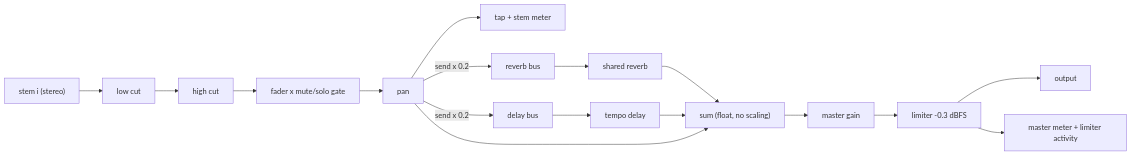
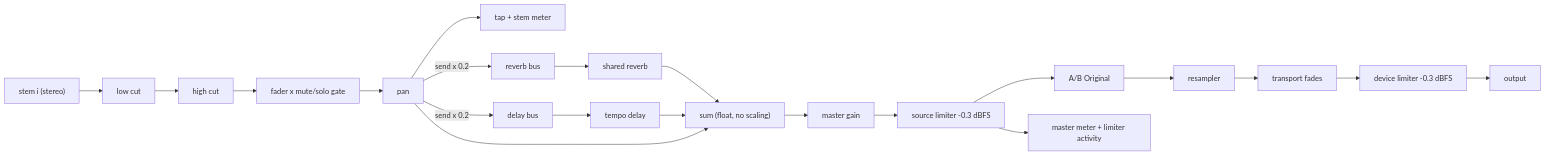
The first of 2 diagrams in docs/architecture.md (laceyp99/snds), drawn with Mermaid before and after one commit. The commit also changed other lines of this file and 12 other files, not shown here.

````diff
--- a/docs/architecture.md
+++ b/docs/architecture.md
@@ -202,10 +202,11 @@
 ```mermaid
 flowchart LR
     S["stem i (stereo)"] --> LC[low cut] --> HC[high cut] --> G["fader x mute/solo gate"] --> P[pan]
     P --> T["tap + stem meter"]
     P -->|"send x 0.2"| RB[reverb bus] --> RV[shared reverb] --> SUM
     P -->|"send x 0.2"| DB[delay bus] --> DL[tempo delay] --> SUM
     P --> SUM["sum (float, no scaling)"]
-    SUM --> M[master gain] --> L["limiter -0.3 dBFS"] --> O[output]
+    SUM --> M[master gain] --> L["source limiter -0.3 dBFS"] --> AB["A/B Original"]
+    AB --> SRC[resampler] --> F[transport fades] --> DLIM["device limiter -0.3 dBFS"] --> O[output]
     L --> MM[master meter + limiter activity]
 ```
````
